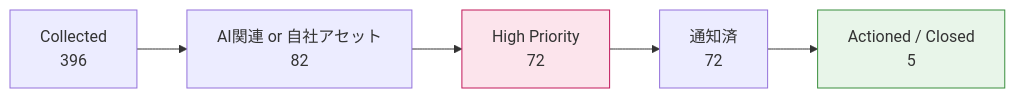
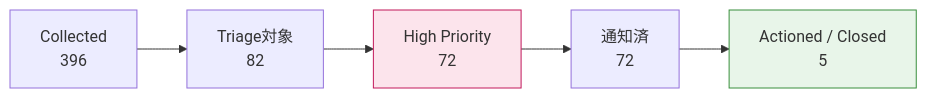
The first of 5 diagrams in docs/exec-dashboard.md (k3ijo-miyamoto/ai-threats), drawn with Mermaid before and after one commit. The commit also changed other lines of this file and 2 other files, not shown here.

````diff
--- a/docs/exec-dashboard.md
+++ b/docs/exec-dashboard.md
@@ -15,9 +15,9 @@
 ```mermaid
 flowchart LR
-    A["Collected<br/>396"] --> B["AI関連 or 自社アセット<br/>82"]
+    A["Collected<br/>396"] --> B["Triage対象<br/>82"]
     B --> C["High Priority<br/>72"]
     C --> D["通知済<br/>72"]
     D --> E["Actioned / Closed<br/>5"]
     style C fill:#fce4ec,stroke:#c2185b
     style E fill:#e8f5e9,stroke:#388e3c
 ```
````
